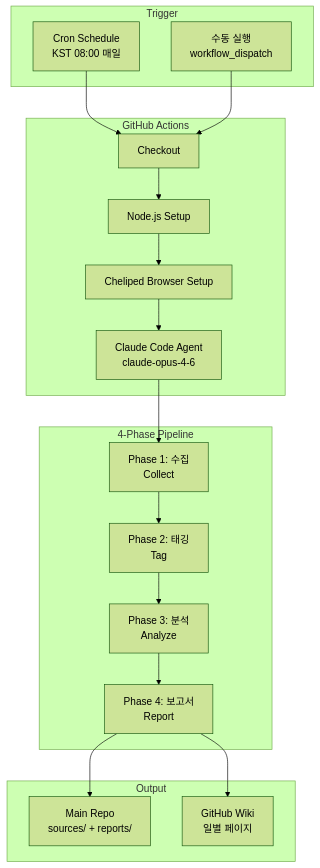
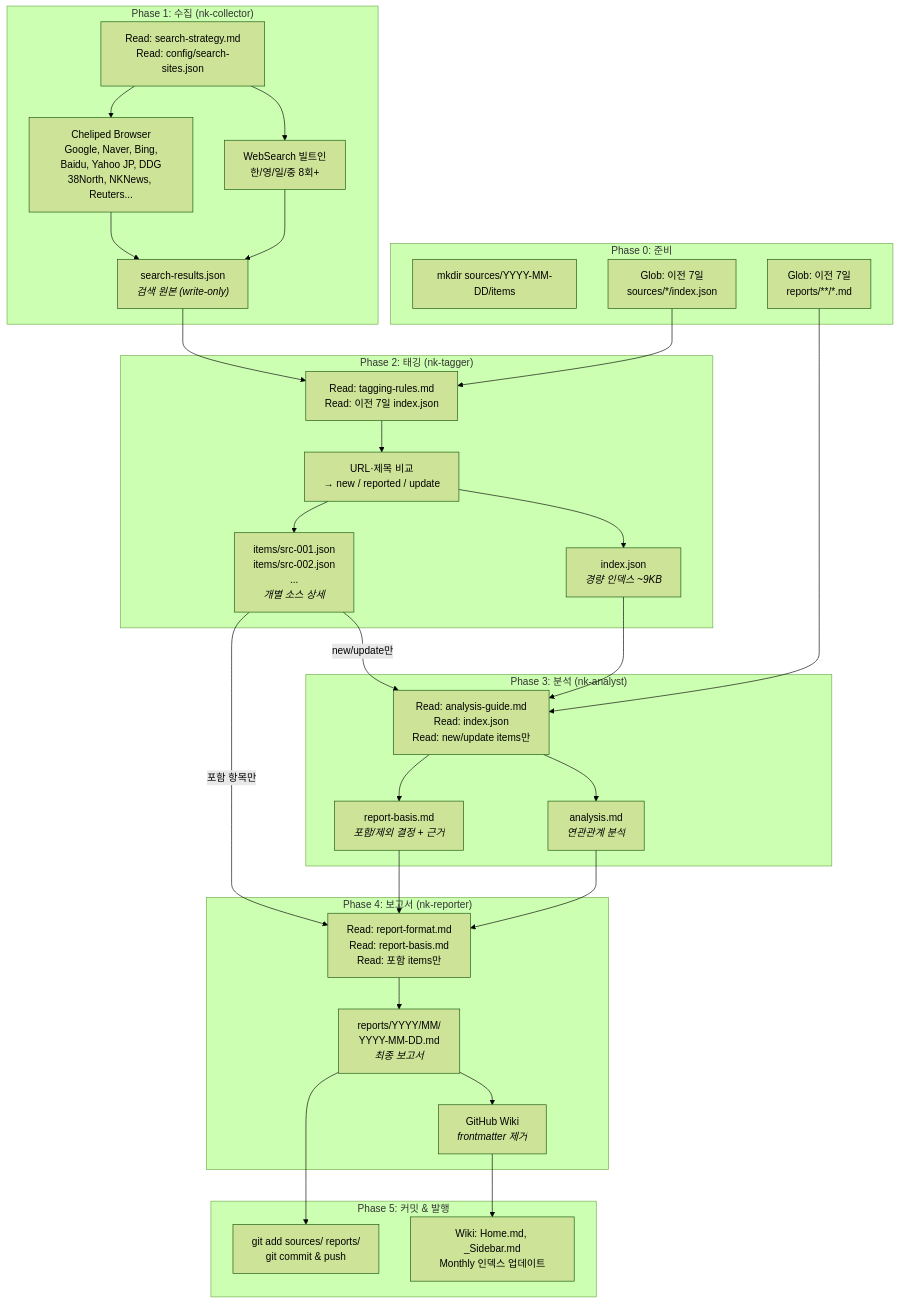
The second of 5 diagrams in README.md (aifactory-team/north-korean-nuclear-activities), drawn with Mermaid (forest theme) before and after one commit. The commit also changed other lines of this file, not shown here.

First line of the commit message:
docs: comprehensive README with agent/skill/workflow architecture

````diff
--- a/README.md
+++ b/README.md
@@ -9,33 +103,65 @@
 ```mermaid
-graph TB
-    subgraph trigger["Trigger"]
-        CRON["Cron Schedule<br/>KST 08:00 매일"]
-        MANUAL["수동 실행<br/>workflow_dispatch"]
+flowchart TB
+    subgraph phase0["Phase 0: 준비"]
+        P0_1["mkdir sources/YYYY-MM-DD/items"]
+        P0_2["Glob: 이전 7일<br/>sources/*/index.json"]
+        P0_3["Glob: 이전 7일<br/>reports/**/*.md"]
     end
 
-    subgraph gha["GitHub Actions"]
-        CHECKOUT["Checkout"]
-        NODE["Node.js Setup"]
-        CHELIPED["Cheliped Browser Setup"]
-        CLAUDE["Claude Code Agent<br/>claude-opus-4-6"]
+    subgraph phase1["Phase 1: 수집 (nk-collector)"]
+        P1_READ["Read: search-strategy.md<br/>Read: config/search-sites.json"]
+        P1_WS["WebSearch 빌트인<br/>한/영/일/중 8회+"]
+        P1_CH["Cheliped Browser<br/>Google, Naver, Bing,<br/>Baidu, Yahoo JP, DDG<br/>38North, NKNews, Reuters..."]
+        P1_OUT["search-results.json<br/><i>검색 원본 (write-only)</i>"]
+
+        P1_READ --> P1_WS
+        P1_READ --> P1_CH
+        P1_WS --> P1_OUT
+        P1_CH --> P1_OUT
     end
 
-    subgraph pipeline["4-Phase Pipeline"]
-        P1["Phase 1: 수집<br/>Collect"]
-        P2["Phase 2: 태깅<br/>Tag"]
-        P3["Phase 3: 분석<br/>Analyze"]
-        P4["Phase 4: 보고서<br/>Report"]
+    subgraph phase2["Phase 2: 태깅 (nk-tagger)"]
+        P2_READ["Read: tagging-rules.md<br/>Read: 이전 7일 index.json"]
+        P2_CMP["URL·제목 비교<br/>→ new / reported / update"]
+        P2_IDX["index.json<br/><i>경량 인덱스 ~9KB</i>"]
+        P2_ITEMS["items/src-001.json<br/>items/src-002.json<br/>...<br/><i>개별 소스 상세</i>"]
+
+        P1_OUT --> P2_READ
+        P0_2 --> P2_READ
+        P2_READ --> P2_CMP
+        P2_CMP --> P2_IDX
+        P2_CMP --> P2_ITEMS
     end
 
-    subgraph output["Output"]
-        REPO["Main Repo<br/>sources/ + reports/"]
-        WIKI["GitHub Wiki<br/>일별 페이지"]
+    subgraph phase3["Phase 3: 분석 (nk-analyst)"]
+        P3_READ["Read: analysis-guide.md<br/>Read: index.json<br/>Read: new/update items만"]
+        P3_ANALYSIS["analysis.md<br/><i>연관관계 분석</i>"]
+        P3_BASIS["report-basis.md<br/><i>포함/제외 결정 + 근거</i>"]
+
+        P2_IDX --> P3_READ
+        P2_ITEMS -->|"new/update만"| P3_READ
+        P0_3 --> P3_READ
+        P3_READ --> P3_ANALYSIS
+        P3_READ --> P3_BASIS
     end
 
-    CRON --> CHECKOUT
-    MANUAL --> CHECKOUT
-    CHECKOUT --> NODE --> CHELIPED --> CLAUDE
-    CLAUDE --> P1 --> P2 --> P3 --> P4
-    P4 --> REPO
-    P4 --> WIKI
+    subgraph phase4["Phase 4: 보고서 (nk-reporter)"]
+        P4_READ["Read: report-format.md<br/>Read: report-basis.md<br/>Read: 포함 items만"]
+        P4_RPT["reports/YYYY/MM/<br/>YYYY-MM-DD.md<br/><i>최종 보고서</i>"]
+        P4_WIKI["GitHub Wiki<br/><i>frontmatter 제거</i>"]
+
+        P3_BASIS --> P4_READ
+        P3_ANALYSIS --> P4_READ
+        P2_ITEMS -->|"포함 항목만"| P4_READ
+        P4_READ --> P4_RPT
+        P4_RPT --> P4_WIKI
+    end
+
+    subgraph phase5["Phase 5: 커밋 & 발행"]
+        P5_GIT["git add sources/ reports/<br/>git commit & push"]
+        P5_WIKI["Wiki: Home.md, _Sidebar.md<br/>Monthly 인덱스 업데이트"]
+
+        P4_RPT --> P5_GIT
+        P4_WIKI --> P5_WIKI
+    end
 ```
````
